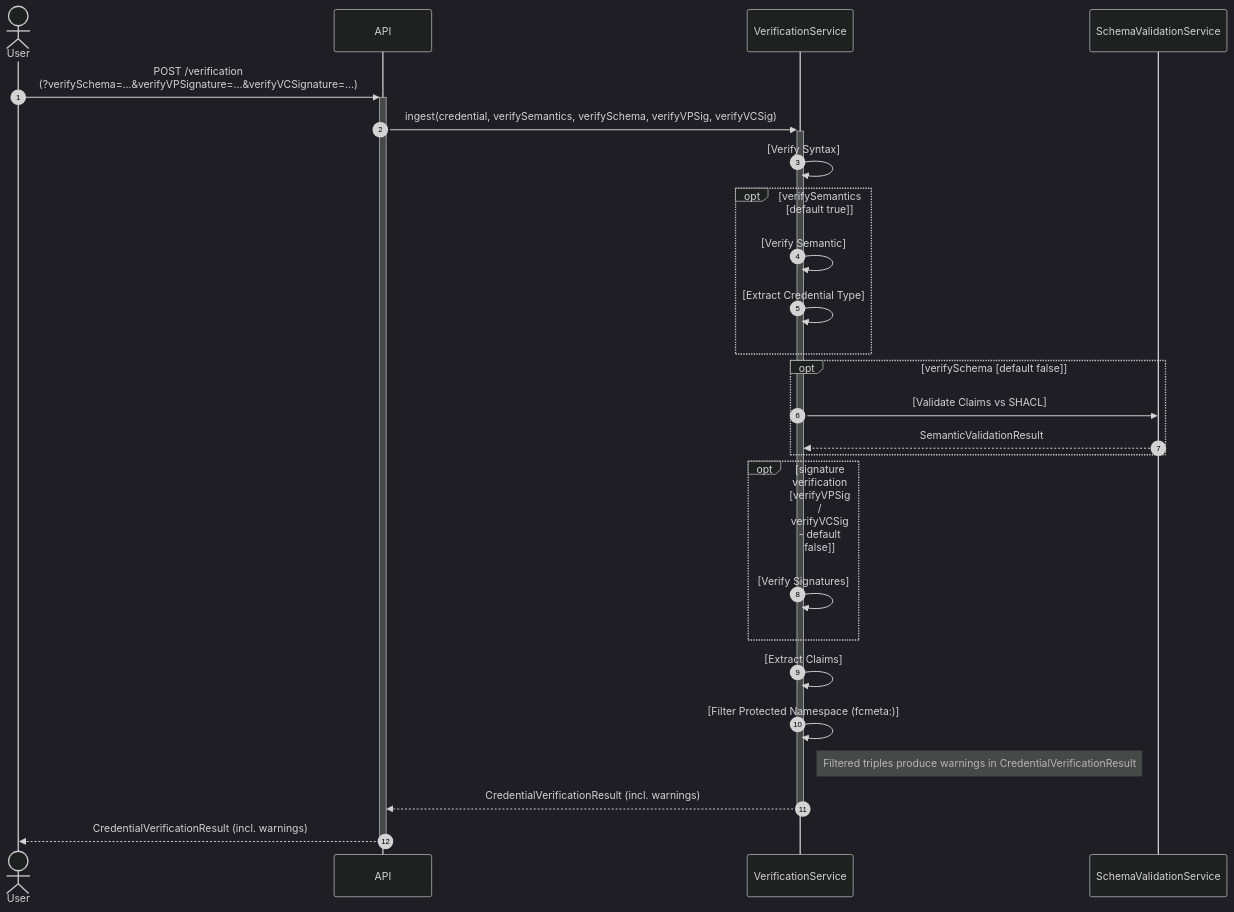
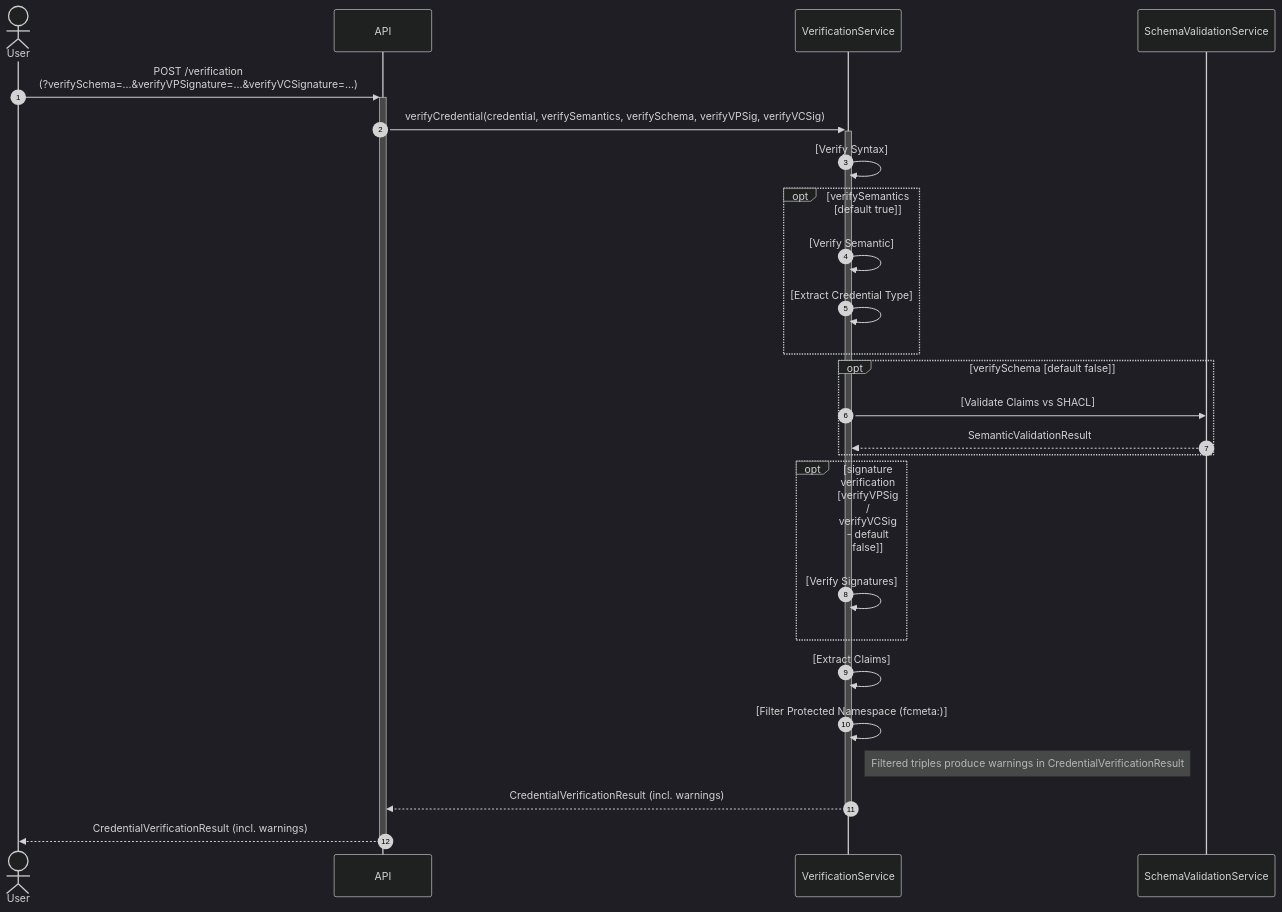
One commit to federated-catalogue-enhancements-2026/docs changed diagram 39 of 44 in federated-catalogue/src/docs/architecture/chapters/06_runtime_view.adoc. Above: the diagram before and after it, drawn with Mermaid (dark theme). The commit also changed other lines of this file and 3 other files, not shown here.

```diff
--- a/federated-catalogue/src/docs/architecture/chapters/06_runtime_view.adoc
+++ b/federated-catalogue/src/docs/architecture/chapters/06_runtime_view.adoc
@@ -1204,27 +1204,27 @@
 [mermaid, width=2000]
 ....
 sequenceDiagram
     autonumber
     actor User
     participant API
     participant VerificationService
     User ->> + API:POST /verification<br>(?verifySchema=...&verifyVPSignature=...&verifyVCSignature=...)
-    API ->> + VerificationService:ingest(credential, verifySemantics, verifySchema, verifyVPSig, verifyVCSig)
+    API ->> + VerificationService:verifyCredential(credential, verifySemantics, verifySchema, verifyVPSig, verifyVCSig)
     VerificationService ->> VerificationService: [Verify Syntax]
     opt verifySemantics [default true]
         VerificationService ->> VerificationService: [Verify Semantic]
         VerificationService ->> VerificationService: [Extract Credential Type]
     end
     opt verifySchema [default false]
         VerificationService ->> SchemaValidationService: [Validate Claims vs SHACL]
         SchemaValidationService -->> VerificationService: SemanticValidationResult
     end
     opt signature verification [verifyVPSig / verifyVCSig - default false]
         VerificationService ->> VerificationService: [Verify Signatures]
     end
     VerificationService ->> VerificationService:[Extract Claims]
     VerificationService ->> VerificationService:[Filter Protected Namespace (fcmeta:)]
     Note right of VerificationService: Filtered triples produce warnings in CredentialVerificationResult
     VerificationService -->> - API:CredentialVerificationResult (incl. warnings)
     API -->> -User: CredentialVerificationResult (incl. warnings)
 ....
```
